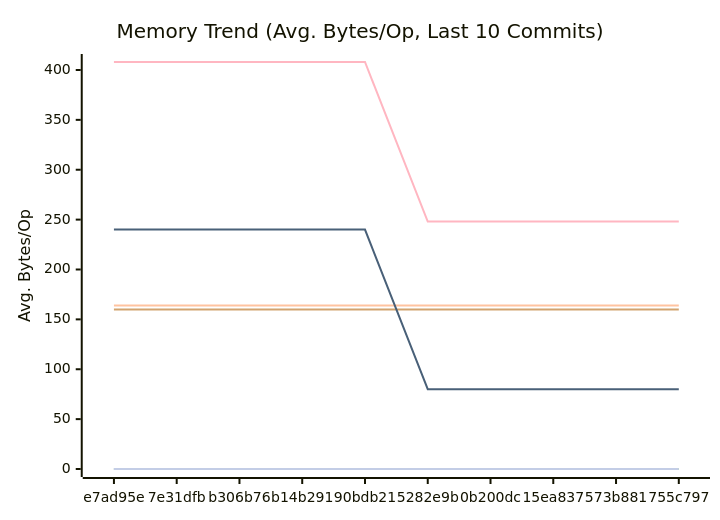
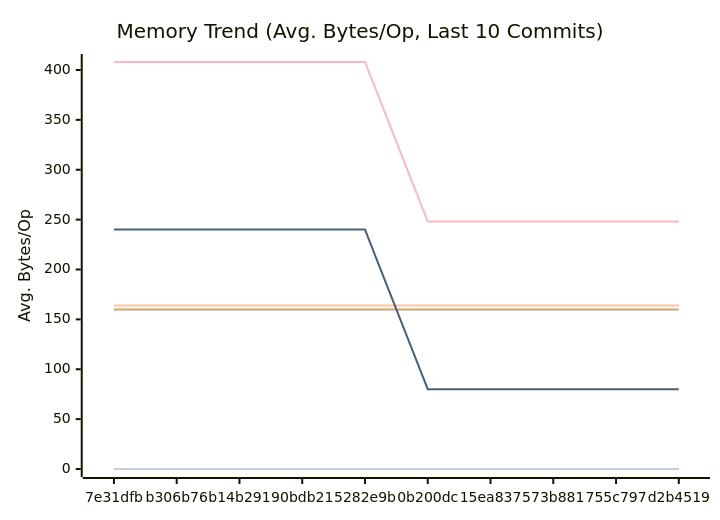
The second of 3 diagrams in docs/PERFORMANCE.md (alsotoes/momo), drawn with Mermaid before and after one commit. The commit also changed other lines of this file and 18 other files, not shown here.

````diff
--- a/docs/PERFORMANCE.md
+++ b/docs/PERFORMANCE.md
@@ -97,16 +97,16 @@
 ```mermaid
 xychart-beta
     title "Memory Trend (Avg. Bytes/Op, Last 10 Commits)"
     x-axis "Commit"
     y-axis "Avg. Bytes/Op"
-    x-axis [e7ad95e,7e31dfb,b306b76,b14b291,90bdb21,5282e9b,0b200dc,15ea837,573b881,755c797]
+    x-axis [7e31dfb,b306b76,b14b291,90bdb21,5282e9b,0b200dc,15ea837,573b881,755c797,d2b4519]
     line "CheckMetricsAndSwap" [0,0,0,0,0,0,0,0,0,0]
     line "CrushOptimized" [0,0,0,0,0,0,0,0,0,0]
     line "CrushOriginal" [164,164,164,164,164,164,164,164,164,164]
     line "IndexDirectTracking" [0,0,0,0,0,0,0,0,0,0]
     line "IndexSearch" [0,0,0,0,0,0,0,0,0,0]
     line "LoadGlobalConfig" [160,160,160,160,160,160,160,160,160,160]
     line "PadString" [0,0,0,0,0,0,0,0,0,0]
     line "ParseReplicationOrder_NoPrealloc" [408,408,408,408,408,248,248,248,248,248]
     line "ParseReplicationOrder_Prealloc" [240,240,240,240,240,80,80,80,80,80]
 ```
````
